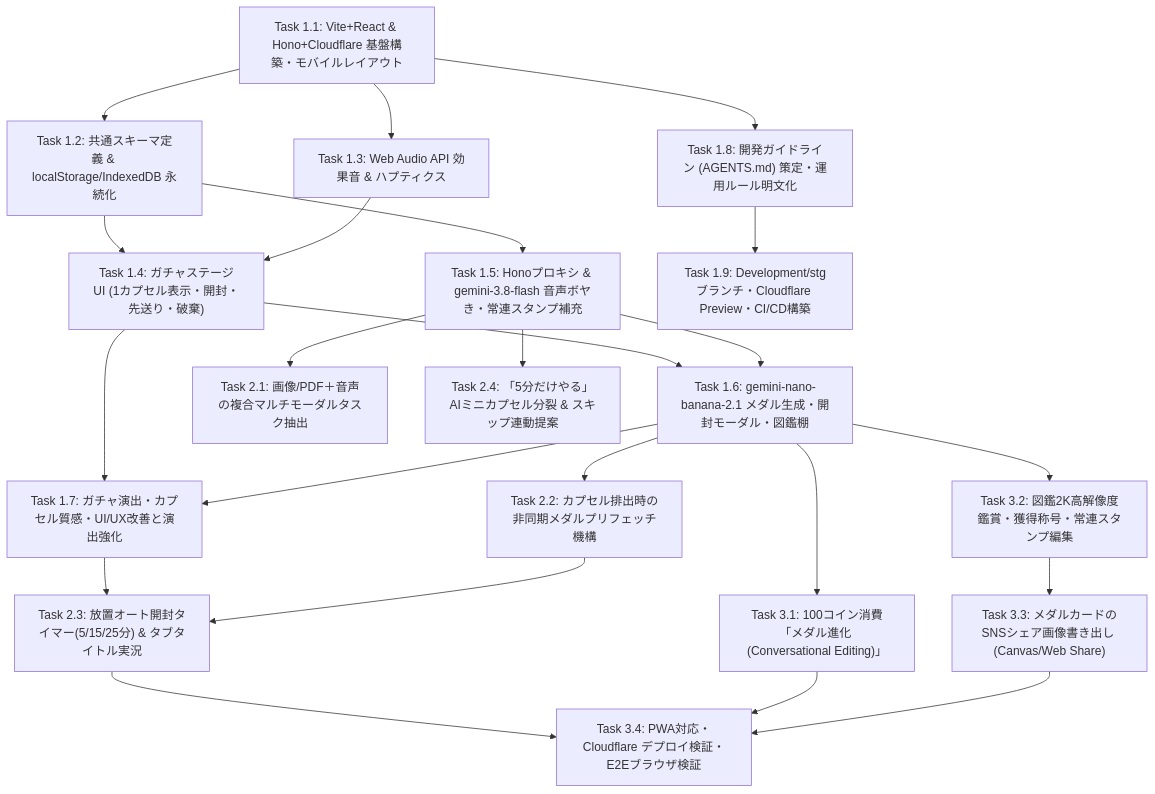
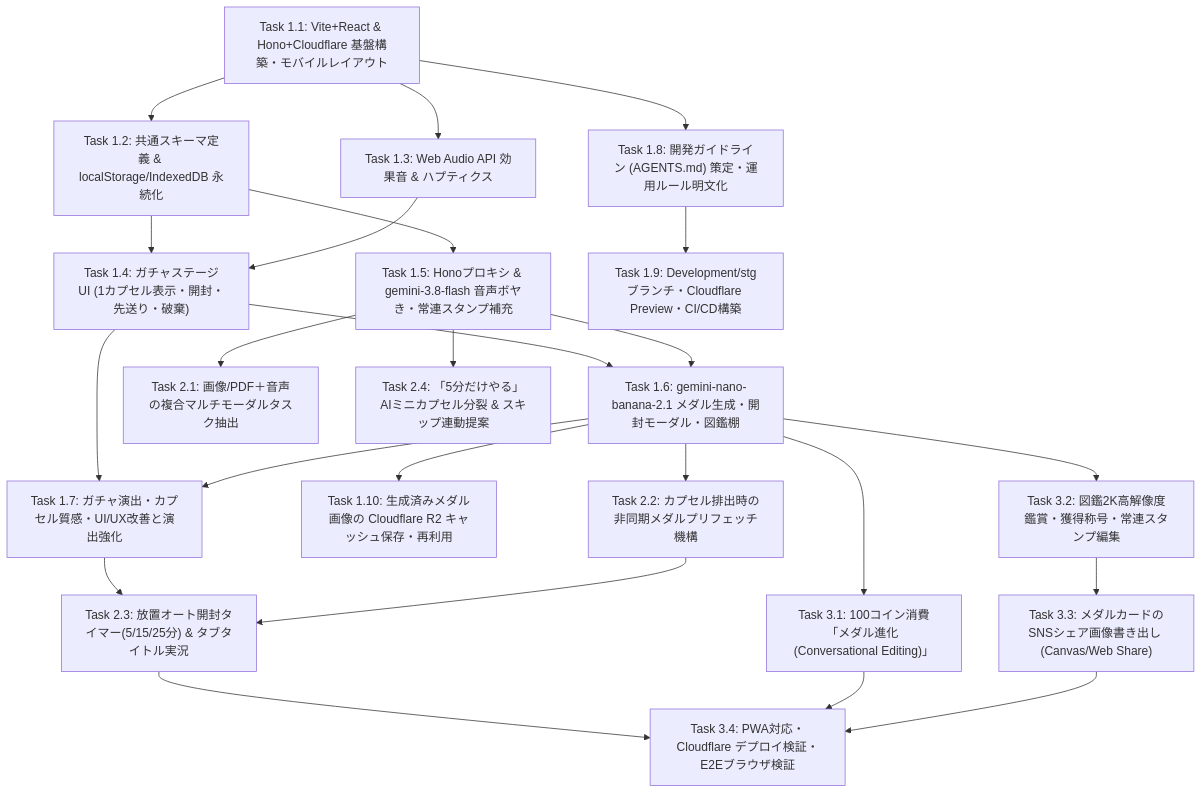
One commit to yharuto0917/capsule-tasks changed the diagram in tasks/plan.md. Above: the diagram before and after it, drawn with Mermaid. The commit also changed other lines of this file and 6 other files, not shown here.

````diff
--- a/tasks/plan.md
+++ b/tasks/plan.md
@@ -110,27 +111,28 @@
 ```mermaid
 flowchart TD
     T1_1["Task 1.1: Vite+React & Hono+Cloudflare 基盤構築・モバイルレイアウト"] --> T1_2["Task 1.2: 共通スキーマ定義 & localStorage/IndexedDB 永続化"]
     T1_1 --> T1_3["Task 1.3: Web Audio API 効果音 & ハプティクス"]
     T1_2 --> T1_4["Task 1.4: ガチャステージUI (1カプセル表示・開封・先送り・破棄)"]
     T1_3 --> T1_4
     T1_2 --> T1_5["Task 1.5: Honoプロキシ & gemini-3.8-flash 音声ボヤき・常連スタンプ補充"]
     T1_4 --> T1_6["Task 1.6: gemini-nano-banana-2.1 メダル生成・開封モーダル・図鑑棚"]
     T1_5 --> T1_6
     T1_4 --> T1_7["Task 1.7: ガチャ演出・カプセル質感・UI/UX改善と演出強化"]
     T1_6 --> T1_7
     T1_1 --> T1_8["Task 1.8: 開発ガイドライン (AGENTS.md) 策定・運用ルール明文化"]
     T1_8 --> T1_9["Task 1.9: Development/stgブランチ・Cloudflare Preview・CI/CD構築"]
+    T1_6 --> T1_10["Task 1.10: 生成済みメダル画像の Cloudflare R2 キャッシュ保存・再利用"]
 
     T1_5 --> T2_1["Task 2.1: 画像/PDF＋音声の複合マルチモーダルタスク抽出"]
     T1_6 --> T2_2["Task 2.2: カプセル排出時の非同期メダルプリフェッチ機構"]
     T1_7 --> T2_3["Task 2.3: 放置オート開封タイマー(5/15/25分) & タブタイトル実況"]
     T2_2 --> T2_3
     T1_5 --> T2_4["Task 2.4: 「5分だけやる」AIミニカプセル分裂 & スキップ連動提案"]
 
     T1_6 --> T3_1["Task 3.1: 100コイン消費「メダル進化 (Conversational Editing)」"]
     T1_6 --> T3_2["Task 3.2: 図鑑2K高解像度鑑賞・獲得称号・常連スタンプ編集"]
     T3_2 --> T3_3["Task 3.3: メダルカードのSNSシェア画像書き出し (Canvas/Web Share)"]
     T2_3 --> T3_4["Task 3.4: PWA対応・Cloudflare デプロイ検証・E2Eブラウザ検証"]
     T3_1 --> T3_4
     T3_3 --> T3_4
 ```
````
